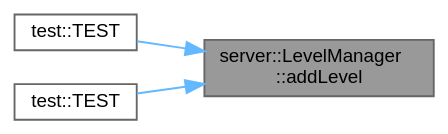
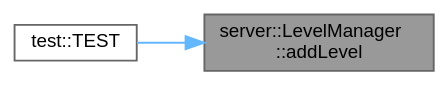
The diagram in classserver_1_1LevelManager_aea299d883c3f7c09fc81e4200c32ca59_icgraph.dot (Houpsi/R-Type), drawn with Graphviz before and after one commit. The commit also changed 279 other files, not shown here.

```diff
--- a/classserver_1_1LevelManager_aea299d883c3f7c09fc81e4200c32ca59_icgraph.dot
+++ b/classserver_1_1LevelManager_aea299d883c3f7c09fc81e4200c32ca59_icgraph.dot
@@ -1,13 +1,11 @@
 digraph "server::LevelManager::addLevel"
 {
  // LATEX_PDF_SIZE
   bgcolor="transparent";
   edge [fontname=Helvetica,fontsize=10,labelfontname=Helvetica,labelfontsize=10];
   node [fontname=Helvetica,fontsize=10,shape=box,height=0.2,width=0.4];
   rankdir="RL";
   Node1 [id="Node000001",label="server::LevelManager\l::addLevel",height=0.2,width=0.4,color="gray40", fillcolor="grey60", style="filled", fontcolor="black",tooltip=" "];
   Node1 -> Node2 [id="edge1_Node000001_Node000002",dir="back",color="steelblue1",style="solid",tooltip=" "];
   Node2 [id="Node000002",label="test::TEST",height=0.2,width=0.4,color="grey40", fillcolor="white", style="filled",URL="$namespacetest.html#a81effeb3396c882fdad691aa727aaacc",tooltip=" "];
-  Node1 -> Node3 [id="edge2_Node000001_Node000003",dir="back",color="steelblue1",style="solid",tooltip=" "];
-  Node3 [id="Node000003",label="test::TEST",height=0.2,width=0.4,color="grey40", fillcolor="white", style="filled",URL="$namespacetest.html#a5b99aa68dff693f32ebee01b0de93265",tooltip=" "];
 }
```
